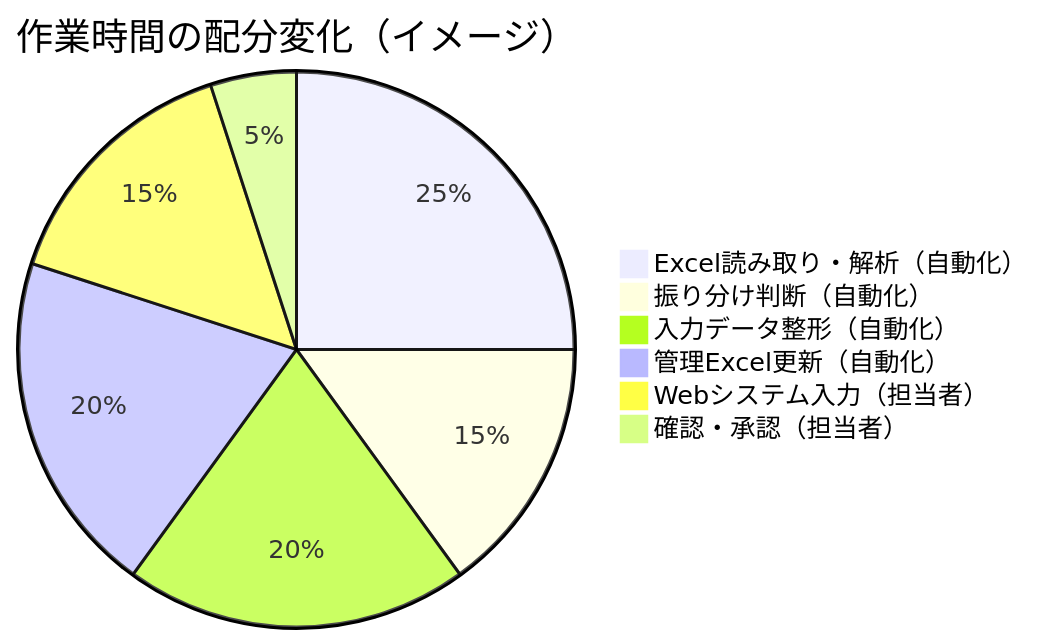
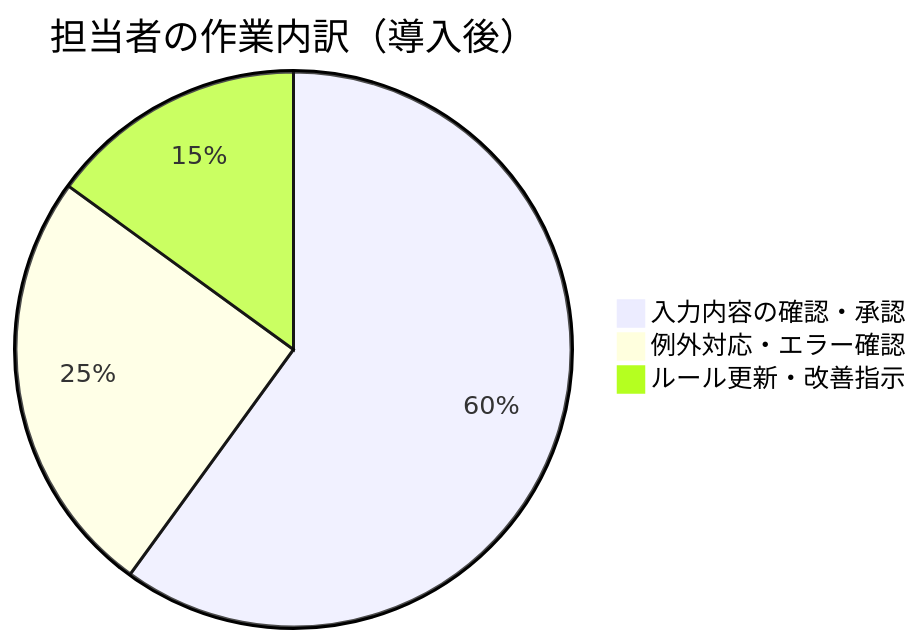
One commit to yutoTachibana/ai-orderring-platform changed the sixth of 8 diagrams in docs/cowork_workflow_proposal.md. Above: the diagram before and after it, drawn with Mermaid. The commit also changed other lines of this file, not shown here.

````diff
--- a/docs/cowork_workflow_proposal.md
+++ b/docs/cowork_workflow_proposal.md
@@ -131,9 +217,6 @@
 ```mermaid
-pie title 作業時間の配分変化（イメージ）
-    "Excel読み取り・解析（自動化）" : 25
-    "振り分け判断（自動化）" : 15
-    "入力データ整形（自動化）" : 20
-    "管理Excel更新（自動化）" : 20
-    "Webシステム入力（担当者）" : 15
-    "確認・承認（担当者）" : 5
+pie title 担当者の作業内訳（導入後）
+    "入力内容の確認・承認" : 60
+    "例外対応・エラー確認" : 25
+    "ルール更新・改善指示" : 15
 ```
````
